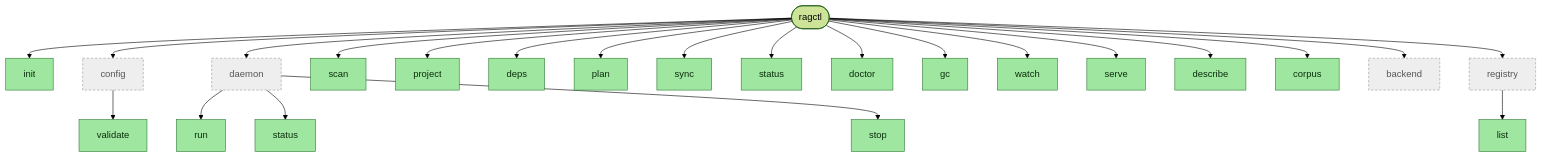
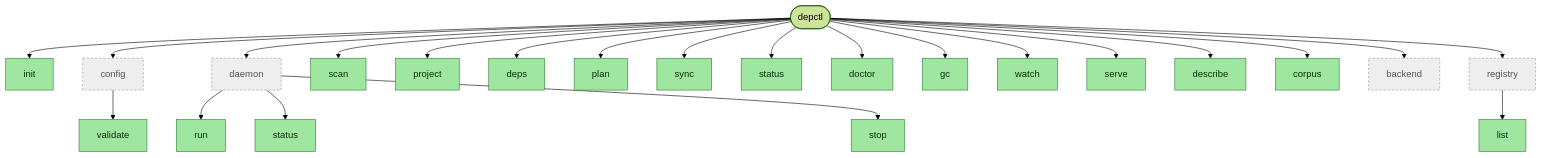
The first of 16 diagrams in docs/architecture.md (aleutian-ai/depctl), drawn with Mermaid (forest theme) before and after one commit. The commit also changed other lines of this file and 588 other files, not shown here.

Commit message:
Rename ragctl to depctl: binary, module github.com/aleutian-ai/depctl, paths, env vars, metrics, MCP name, docs

````diff
--- a/docs/architecture.md
+++ b/docs/architecture.md
@@ -67,32 +67,32 @@
 ```mermaid
 graph TD
-    root(["ragctl"])
+    root(["depctl"])
     root --> init["init"]
     root --> configCmd["config"]
     configCmd --> validate["validate"]
     root --> daemonCmd["daemon"]
     daemonCmd --> daemonRun["run"]
     daemonCmd --> daemonStatus["status"]
     daemonCmd --> daemonStop["stop"]
     root --> scan["scan"]
     root --> project["project"]
     root --> deps["deps"]
     root --> plan["plan"]
     root --> sync["sync"]
     root --> status["status"]
     root --> doctor["doctor"]
     root --> gc["gc"]
     root --> watch["watch"]
     root --> serve["serve"]
     root --> describe["describe"]
     root --> corpus["corpus"]
     root --> backend["backend"]
     root --> registryCmd["registry"]
     registryCmd --> registryList["list"]
 
     classDef implemented fill:#9fe6a0,stroke:#2f7a34,color:#0a2e0c;
     classDef stub fill:#eee,stroke:#999,color:#555,stroke-dasharray: 4 3;
 
     class init,validate,daemonRun,daemonStatus,daemonStop,scan,project,deps,plan,sync,status,doctor,gc,watch,serve,describe,corpus,registryList implemented
     class configCmd,daemonCmd,backend,registryCmd stub
 ```
````
